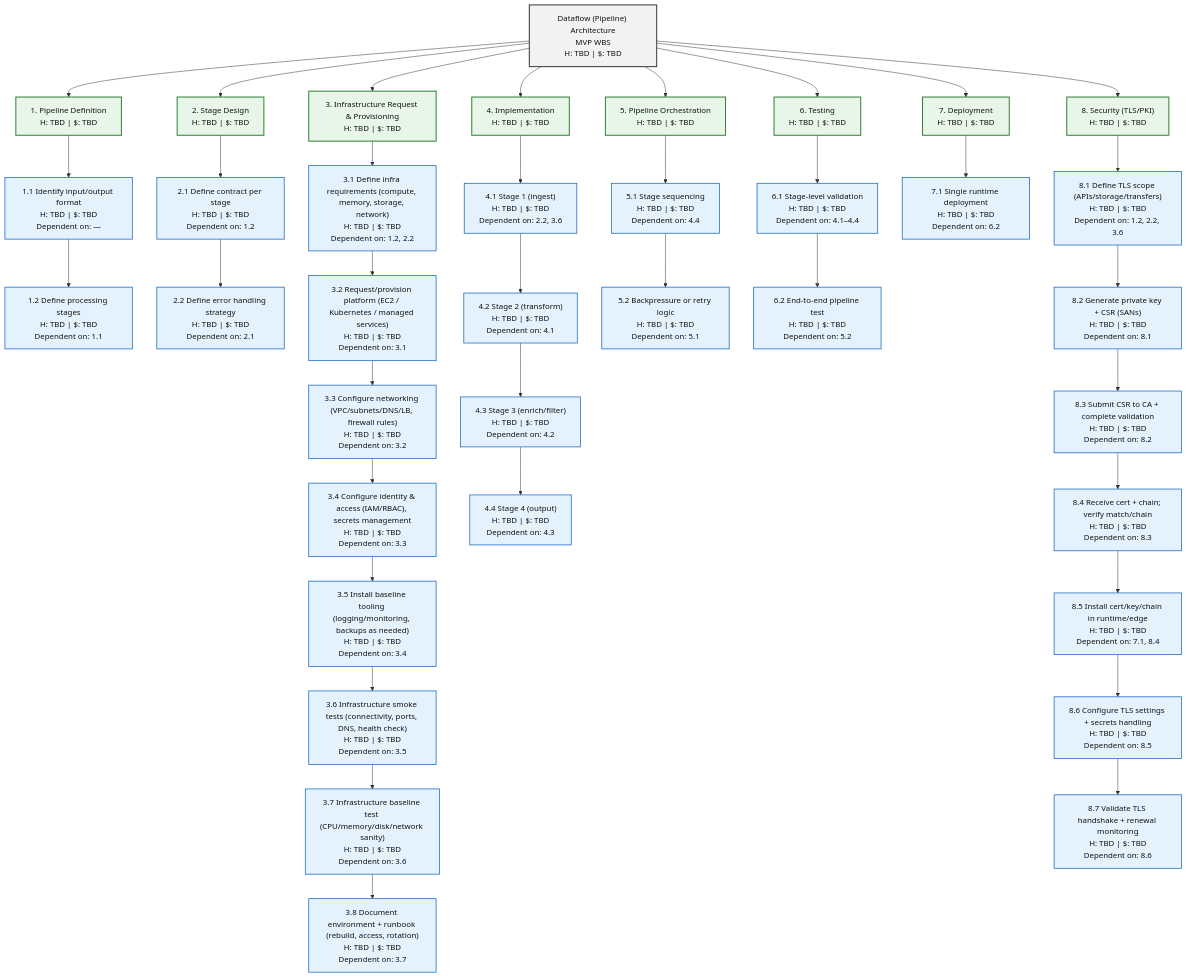
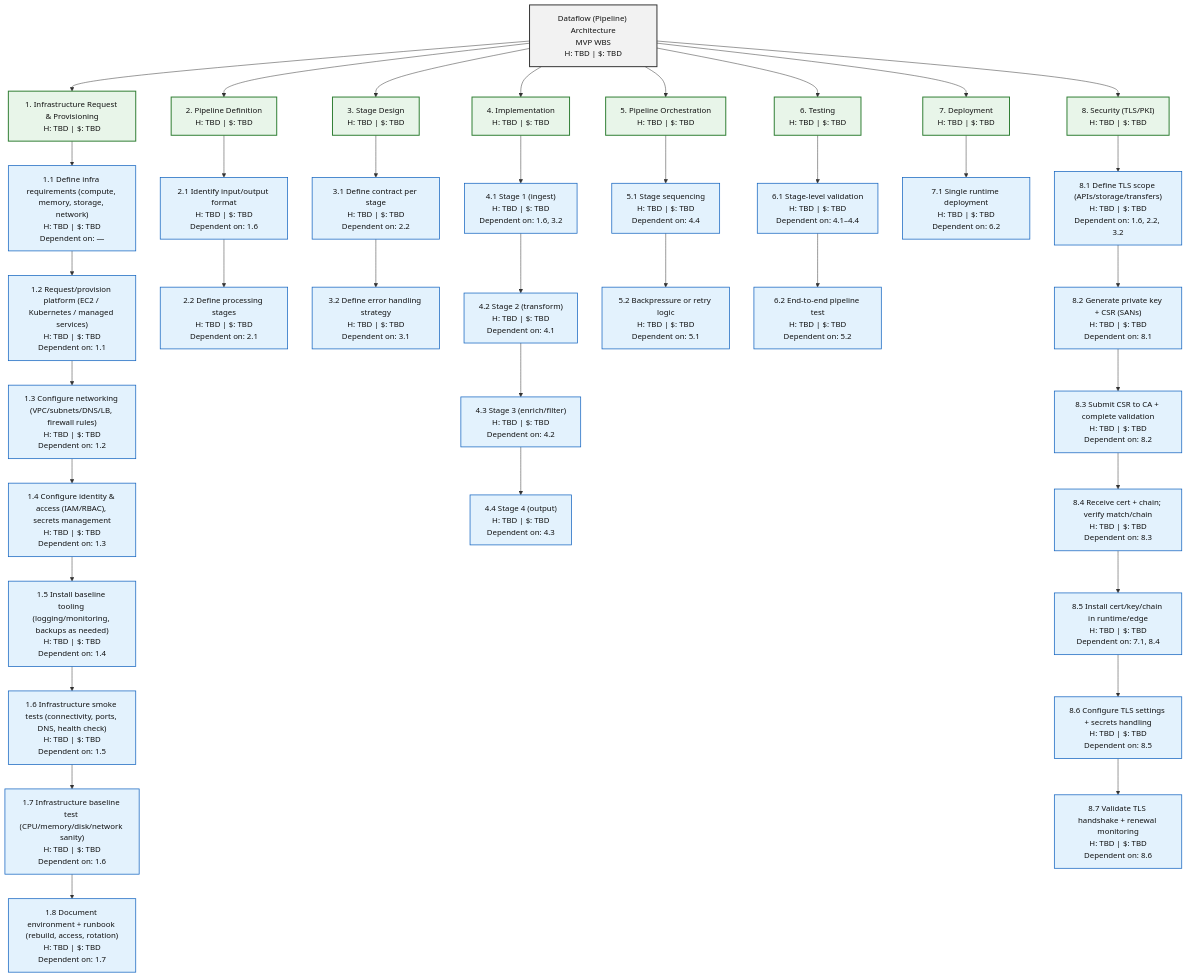
Before and after one commit to lopez-larry/arch-design-documentation: the second of 8 diagrams in 30-architecture-styles/5-architecture-style-wbs-overview.md, drawn with Mermaid. The commit also changed other lines of this file, not shown here.

````diff
--- a/30-architecture-styles/5-architecture-style-wbs-overview.md
+++ b/30-architecture-styles/5-architecture-style-wbs-overview.md
@@ -64,53 +63,53 @@
 ```mermaid
 flowchart TB
   A["Dataflow (Pipeline) Architecture<br/>MVP WBS<br/>H: TBD | $: TBD"]:::summary
 
-  A --> B["1. Pipeline Definition<br/>H: TBD | $: TBD"]:::phase
-  A --> C["2. Stage Design<br/>H: TBD | $: TBD"]:::phase
-  A --> I["3. Infrastructure Request & Provisioning<br/>H: TBD | $: TBD"]:::phase
+  A --> I["1. Infrastructure Request & Provisioning<br/>H: TBD | $: TBD"]:::phase
+  A --> B["2. Pipeline Definition<br/>H: TBD | $: TBD"]:::phase
+  A --> C["3. Stage Design<br/>H: TBD | $: TBD"]:::phase
   A --> D["4. Implementation<br/>H: TBD | $: TBD"]:::phase
   A --> E["5. Pipeline Orchestration<br/>H: TBD | $: TBD"]:::phase
   A --> F["6. Testing<br/>H: TBD | $: TBD"]:::phase
   A --> G["7. Deployment<br/>H: TBD | $: TBD"]:::phase
   A --> H["8. Security (TLS/PKI)<br/>H: TBD | $: TBD"]:::phase
 
-  B --> B1["1.1 Identify input/output format<br/>H: TBD | $: TBD<br/>Dependent on: —"]:::task
-  B1 --> B2["1.2 Define processing stages<br/>H: TBD | $: TBD<br/>Dependent on: 1.1"]:::task
+  I --> I1["1.1 Define infra requirements (compute, memory, storage, network)<br/>H: TBD | $: TBD<br/>Dependent on: —"]:::task
+  I1 --> I2["1.2 Request/provision platform (EC2 / Kubernetes / managed services)<br/>H: TBD | $: TBD<br/>Dependent on: 1.1"]:::task
+  I2 --> I3["1.3 Configure networking (VPC/subnets/DNS/LB, firewall rules)<br/>H: TBD | $: TBD<br/>Dependent on: 1.2"]:::task
+  I3 --> I4["1.4 Configure identity & access (IAM/RBAC), secrets management<br/>H: TBD | $: TBD<br/>Dependent on: 1.3"]:::task
+  I4 --> I5["1.5 Install baseline tooling (logging/monitoring, backups as needed)<br/>H: TBD | $: TBD<br/>Dependent on: 1.4"]:::task
+  I5 --> I6["1.6 Infrastructure smoke tests (connectivity, ports, DNS, health check)<br/>H: TBD | $: TBD<br/>Dependent on: 1.5"]:::task
+  I6 --> I7["1.7 Infrastructure baseline test (CPU/memory/disk/network sanity)<br/>H: TBD | $: TBD<br/>Dependent on: 1.6"]:::task
+  I7 --> I8["1.8 Document environment + runbook (rebuild, access, rotation)<br/>H: TBD | $: TBD<br/>Dependent on: 1.7"]:::task
 
-  C --> C1["2.1 Define contract per stage<br/>H: TBD | $: TBD<br/>Dependent on: 1.2"]:::task
-  C1 --> C2["2.2 Define error handling strategy<br/>H: TBD | $: TBD<br/>Dependent on: 2.1"]:::task
+  B --> B1["2.1 Identify input/output format<br/>H: TBD | $: TBD<br/>Dependent on: 1.6"]:::task
+  B1 --> B2["2.2 Define processing stages<br/>H: TBD | $: TBD<br/>Dependent on: 2.1"]:::task
 
-  I --> I1["3.1 Define infra requirements (compute, memory, storage, network)<br/>H: TBD | $: TBD<br/>Dependent on: 1.2, 2.2"]:::task
-  I1 --> I2["3.2 Request/provision platform (EC2 / Kubernetes / managed services)<br/>H: TBD | $: TBD<br/>Dependent on: 3.1"]:::task
-  I2 --> I3["3.3 Configure networking (VPC/subnets/DNS/LB, firewall rules)<br/>H: TBD | $: TBD<br/>Dependent on: 3.2"]:::task
-  I3 --> I4["3.4 Configure identity & access (IAM/RBAC), secrets management<br/>H: TBD | $: TBD<br/>Dependent on: 3.3"]:::task
-  I4 --> I5["3.5 Install baseline tooling (logging/monitoring, backups as needed)<br/>H: TBD | $: TBD<br/>Dependent on: 3.4"]:::task
-  I5 --> I6["3.6 Infrastructure smoke tests (connectivity, ports, DNS, health check)<br/>H: TBD | $: TBD<br/>Dependent on: 3.5"]:::task
-  I6 --> I7["3.7 Infrastructure baseline test (CPU/memory/disk/network sanity)<br/>H: TBD | $: TBD<br/>Dependent on: 3.6"]:::task
-  I7 --> I8["3.8 Document environment + runbook (rebuild, access, rotation)<br/>H: TBD | $: TBD<br/>Dependent on: 3.7"]:::task
+  C --> C1["3.1 Define contract per stage<br/>H: TBD | $: TBD<br/>Dependent on: 2.2"]:::task
+  C1 --> C2["3.2 Define error handling strategy<br/>H: TBD | $: TBD<br/>Dependent on: 3.1"]:::task
 
-  D --> D1["4.1 Stage 1 (ingest)<br/>H: TBD | $: TBD<br/>Dependent on: 2.2, 3.6"]:::task
+  D --> D1["4.1 Stage 1 (ingest)<br/>H: TBD | $: TBD<br/>Dependent on: 1.6, 3.2"]:::task
   D1 --> D2["4.2 Stage 2 (transform)<br/>H: TBD | $: TBD<br/>Dependent on: 4.1"]:::task
   D2 --> D3["4.3 Stage 3 (enrich/filter)<br/>H: TBD | $: TBD<br/>Dependent on: 4.2"]:::task
   D3 --> D4["4.4 Stage 4 (output)<br/>H: TBD | $: TBD<br/>Dependent on: 4.3"]:::task
 
   E --> E1["5.1 Stage sequencing<br/>H: TBD | $: TBD<br/>Dependent on: 4.4"]:::task
   E1 --> E2["5.2 Backpressure or retry logic<br/>H: TBD | $: TBD<br/>Dependent on: 5.1"]:::task
 
   F --> F1["6.1 Stage-level validation<br/>H: TBD | $: TBD<br/>Dependent on: 4.1–4.4"]:::task
   F1 --> F2["6.2 End-to-end pipeline test<br/>H: TBD | $: TBD<br/>Dependent on: 5.2"]:::task
 
   G --> G1["7.1 Single runtime deployment<br/>H: TBD | $: TBD<br/>Dependent on: 6.2"]:::task
 
-  H --> H1["8.1 Define TLS scope (APIs/storage/transfers)<br/>H: TBD | $: TBD<br/>Dependent on: 1.2, 2.2, 3.6"]:::task
+  H --> H1["8.1 Define TLS scope (APIs/storage/transfers)<br/>H: TBD | $: TBD<br/>Dependent on: 1.6, 2.2, 3.2"]:::task
   H1 --> H2["8.2 Generate private key + CSR (SANs)<br/>H: TBD | $: TBD<br/>Dependent on: 8.1"]:::task
   H2 --> H3["8.3 Submit CSR to CA + complete validation<br/>H: TBD | $: TBD<br/>Dependent on: 8.2"]:::task
   H3 --> H4["8.4 Receive cert + chain; verify match/chain<br/>H: TBD | $: TBD<br/>Dependent on: 8.3"]:::task
   H4 --> H5["8.5 Install cert/key/chain in runtime/edge<br/>H: TBD | $: TBD<br/>Dependent on: 7.1, 8.4"]:::task
   H5 --> H6["8.6 Configure TLS settings + secrets handling<br/>H: TBD | $: TBD<br/>Dependent on: 8.5"]:::task
   H6 --> H7["8.7 Validate TLS handshake + renewal monitoring<br/>H: TBD | $: TBD<br/>Dependent on: 8.6"]:::task
 
   classDef summary fill:#f2f2f2,stroke:#333,stroke-width:2px,color:#111;
   classDef phase fill:#e8f5e9,stroke:#2e7d32,stroke-width:2px,color:#111;
   classDef task fill:#e3f2fd,stroke:#1565c0,stroke-width:1.5px,color:#111;
 ```
````
